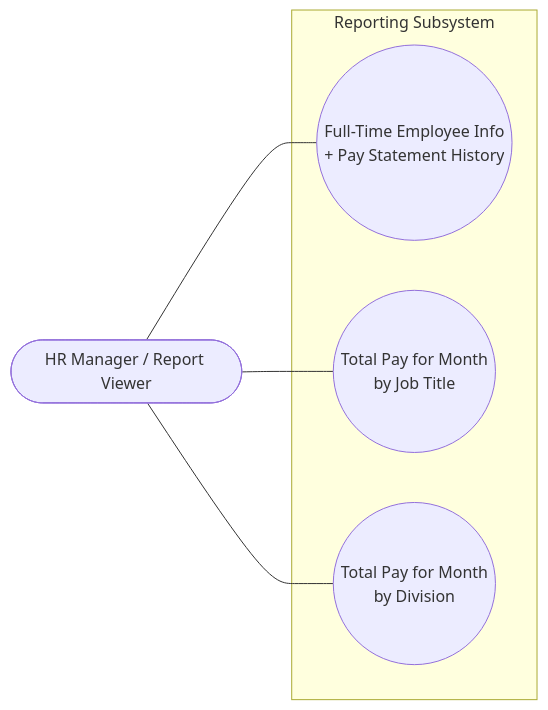
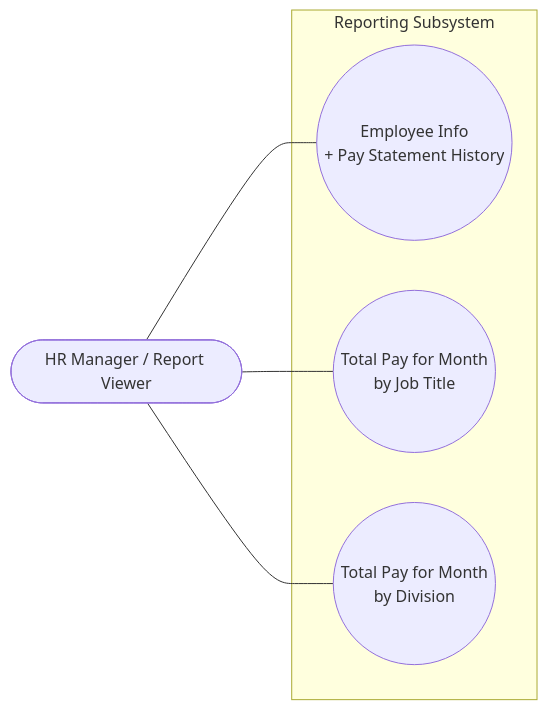
One commit to snigdhavarma04/CompanyZ-Employee-Management changed the second of 5 diagrams in ARCHITECTURE.md. Above: the diagram before and after it, drawn with Mermaid. The commit also changed other lines of this file and 2 other files, not shown here.

Commit message:
Align schema with real ER diagram, add schema.sql, update role assignments

````diff
--- a/ARCHITECTURE.md
+++ b/ARCHITECTURE.md
@@ -244,14 +330,14 @@
 ```mermaid
 flowchart LR
     Viewer(["HR Manager / Report Viewer"])
 
     subgraph RPT["Reporting Subsystem"]
-        R1(("Full-Time Employee Info<br/>+ Pay Statement History"))
+        R1(("Employee Info<br/>+ Pay Statement History"))
         R2(("Total Pay for Month<br/>by Job Title"))
         R3(("Total Pay for Month<br/>by Division"))
     end
 
     Viewer --- R1
     Viewer --- R2
     Viewer --- R3
 ```
````
